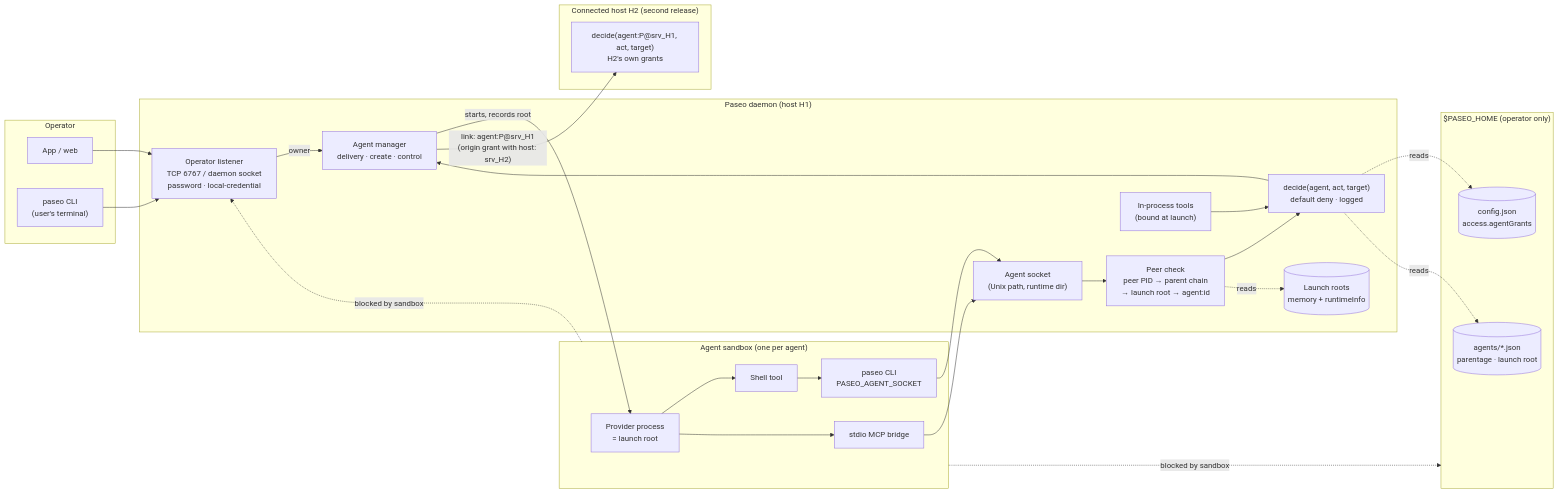
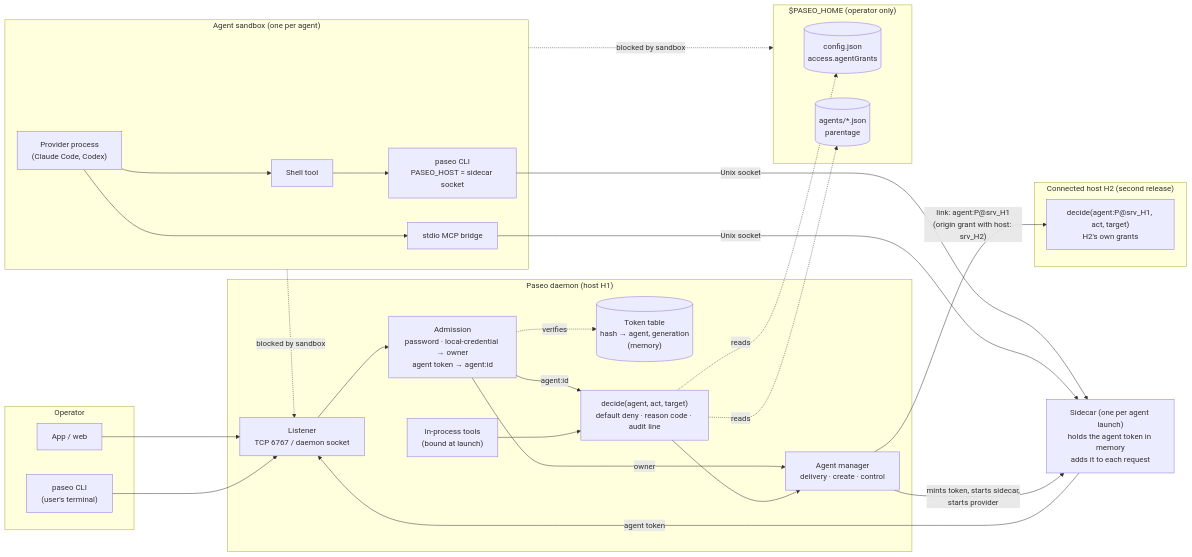
Before and after one commit to clkao/paseo: the diagram in notes/agent-identity-and-grants.md, drawn with Mermaid. The commit also changed other lines of this file, not shown here.

Commit message:
Design: token held by a per-agent sidecar; drop PID-based identity

````diff
--- a/notes/agent-identity-and-grants.md
+++ b/notes/agent-identity-and-grants.md
@@ -26,51 +27,54 @@
 ```mermaid
 flowchart LR
   subgraph OP["Operator"]
     APP["App / web"]
     OCLI["paseo CLI<br/>(user's terminal)"]
   end
 
   subgraph SBX["Agent sandbox (one per agent)"]
-    ROOT["Provider process<br/>= launch root"]
+    PROV["Provider process<br/>(Claude Code, Codex)"]
     SH["Shell tool"]
-    ACLI["paseo CLI<br/>PASEO_AGENT_SOCKET"]
+    ACLI["paseo CLI<br/>PASEO_HOST = sidecar socket"]
     BR["stdio MCP bridge"]
-    ROOT --> SH --> ACLI
-    ROOT --> BR
+    PROV --> SH --> ACLI
+    PROV --> BR
   end
 
+  SC["Sidecar (one per agent launch)<br/>holds the agent token in memory<br/>adds it to each request"]
+
   subgraph D["Paseo daemon (host H1)"]
-    OL["Operator listener<br/>TCP 6767 / daemon socket<br/>password · local-credential"]
-    AS["Agent socket<br/>(Unix path, runtime dir)"]
-    PC["Peer check<br/>peer PID → parent chain<br/>→ launch root → agent:id"]
+    OL["Listener<br/>TCP 6767 / daemon socket"]
+    ADM["Admission<br/>password · local-credential → owner<br/>agent token → agent:id"]
+    TOK[("Token table<br/>hash → agent, generation<br/>(memory)")]
     INP["In-process tools<br/>(bound at launch)"]
-    DEC["decide(agent, act, target)<br/>default deny · logged"]
+    DEC["decide(agent, act, target)<br/>default deny · reason code · audit line"]
     AM["Agent manager<br/>delivery · create · control"]
-    LR[("Launch roots<br/>memory + runtimeInfo")]
-    OL -- "owner" --> AM
-    AS --> PC --> DEC
+    OL --> ADM
+    ADM -- "owner" --> AM
+    ADM -- "agent:id" --> DEC
+    ADM -. verifies .-> TOK
     INP --> DEC
-    PC -. reads .-> LR
     DEC --> AM
   end
 
   subgraph HOME["$PASEO_HOME (operator only)"]
     CFG[("config.json<br/>access.agentGrants")]
-    REC[("agents/*.json<br/>parentage · launch root")]
+    REC[("agents/*.json<br/>parentage")]
   end
 
   APP --> OL
   OCLI --> OL
-  ACLI --> AS
-  BR --> AS
+  ACLI -- "Unix socket" --> SC
+  BR -- "Unix socket" --> SC
+  SC -- "agent token" --> OL
   SBX -. "blocked by sandbox" .-> OL
   SBX -. "blocked by sandbox" .-> HOME
   DEC -. reads .-> CFG
   DEC -. reads .-> REC
-  AM -- "starts, records root" --> ROOT
+  AM -- "mints token, starts sidecar,<br/>starts provider" --> SC
 
   subgraph H2["Connected host H2 (second release)"]
     DEC2["decide(agent:P@srv_H1, act, target)<br/>H2's own grants"]
   end
   AM -- "link: agent:P@srv_H1<br/>(origin grant with host: srv_H2)" --> DEC2
 ```
````
